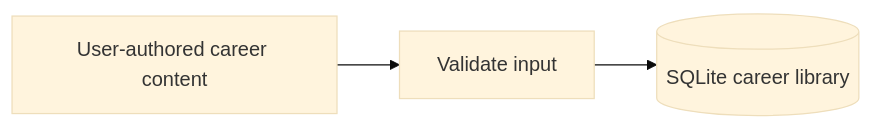
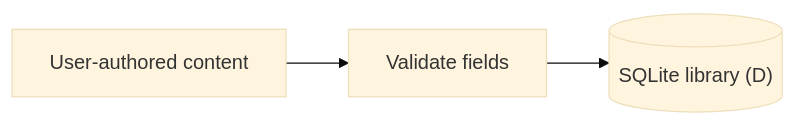
One commit to duck-lint/career_ledger changed the first of 2 diagrams in harness/project_spec.md. Above: the diagram before and after it, drawn with Mermaid (base theme). The commit also changed other lines of this file, not shown here.

Commit message:
docs: align kernel and Mermaid with relational inference and concrete contracts

````diff
--- a/harness/project_spec.md
+++ b/harness/project_spec.md
@@ -54,5 +35,5 @@
 ```mermaid
 flowchart LR
-    U["User-authored career content"] --> V["Validate input"]
-    V --> D[("SQLite career library")]
+    U["User-authored content"] --> V["Validate fields"]
+    V --> D[("SQLite library (D)")]
 ```
````
